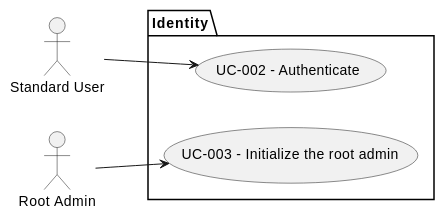
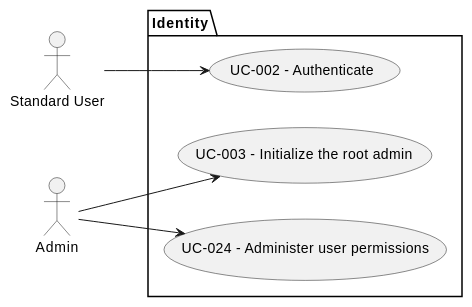
One commit to Mnemorium/mnemorium changed the second of 8 diagrams in docs/development/UseCases.md. Above: the diagram before and after it, drawn with PlantUML. The commit also changed other lines of this file and 137 other files, not shown here.

````diff
--- a/docs/development/UseCases.md
+++ b/docs/development/UseCases.md
@@ -47,17 +47,19 @@
 ```puml
 @startuml
 left to right direction
 skinparam style strictuml
 
 actor "Standard User" as StandardUser
-actor "Root Admin" as RootAdmin
+actor "Admin" as Admin
 
 package "Identity" {
   usecase "UC-002 - Authenticate" as UC002
   usecase "UC-003 - Initialize the root admin" as UC003
+  usecase "UC-024 - Administer user permissions" as UC024
 }
 
 StandardUser --> UC002
-RootAdmin --> UC003
+Admin --> UC003
+Admin --> UC024
 @enduml
 ```
````
